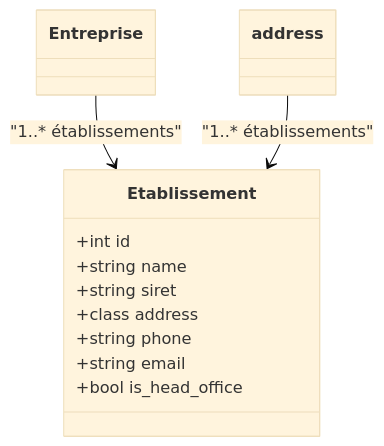
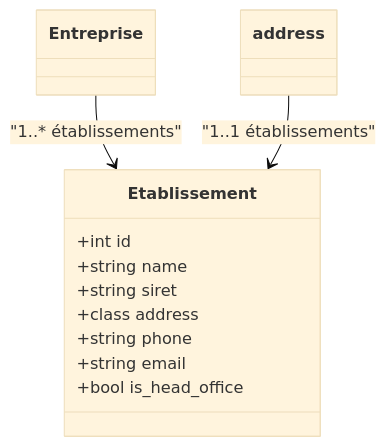
The diagram in documentation/METIERS/index.md (arbph-dev/codeIgniter-appCms), drawn with Mermaid (base theme) before and after one commit. The commit also changed other lines of this file, not shown here.

Commit message:
Update address description and class diagram relationships
Clarified the address requirement for establishments and updated the relationship in the class diagram.

````diff
--- a/documentation/METIERS/index.md
+++ b/documentation/METIERS/index.md
@@ -18,18 +18,18 @@
 ```mermaid
 classDiagram
     %% ====================
     %%     Etablissements
     %% ====================
     class Etablissement {
         +int id
         +string name
         +string siret
         +class address
         +string phone
         +string email
         +bool is_head_office
     }
     
     Entreprise --> Etablissement : "1..* établissements"
-    address --> Etablissement : "1..* établissements"
+    address --> Etablissement : "1..1 établissements"
 ```
````
